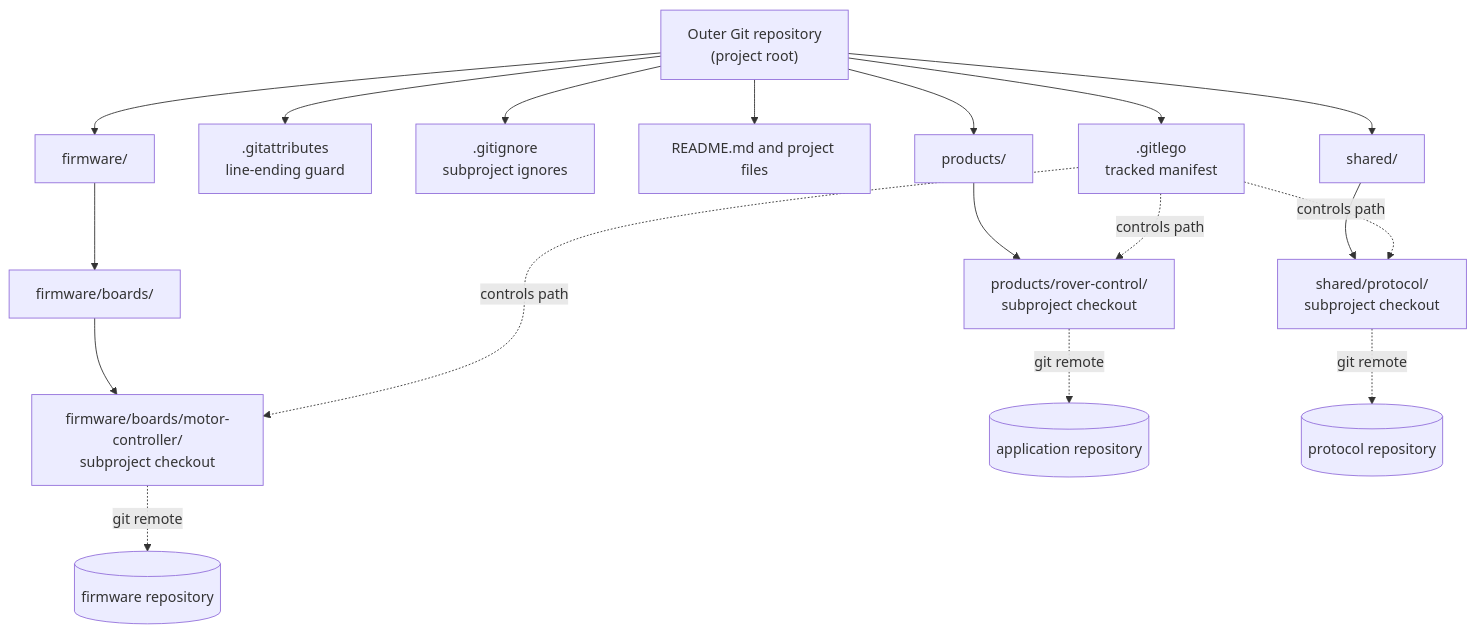
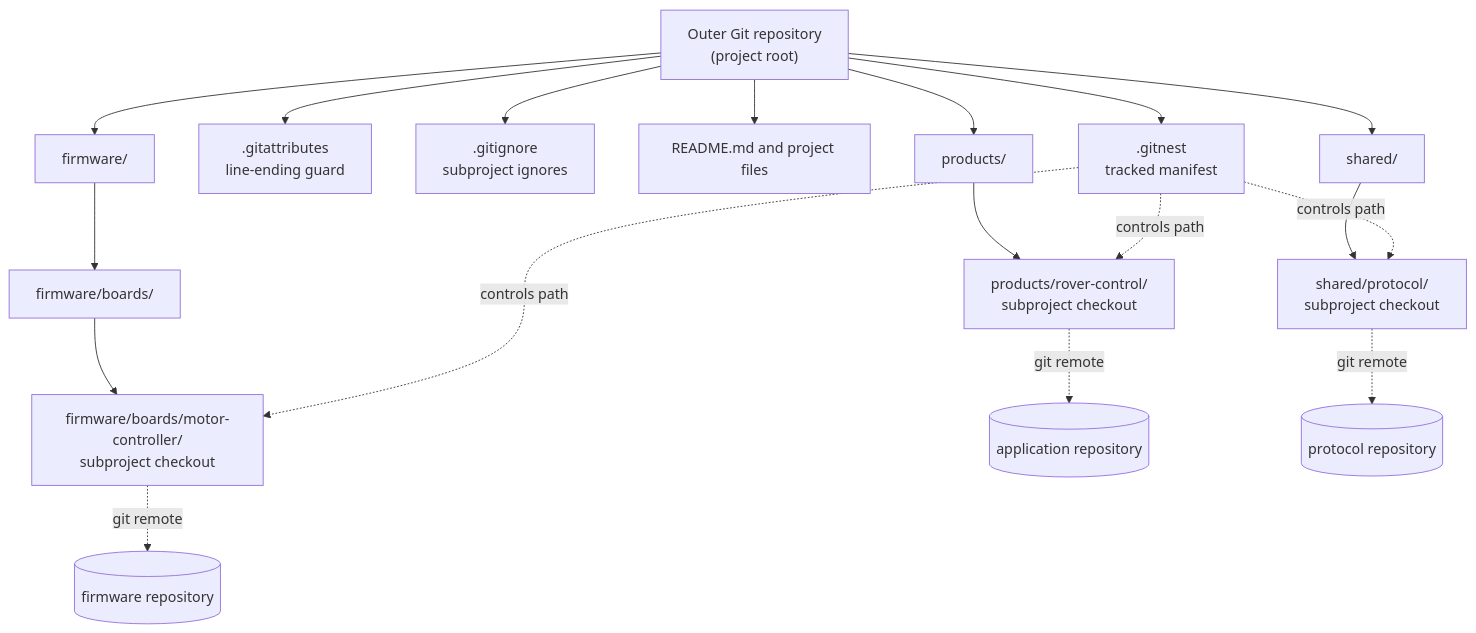
Before and after one commit to f-steff/git-nest: the first of 3 diagrams in README.md, drawn with Mermaid. The commit also changed other lines of this file and 66 other files, not shown here.

````diff
--- a/README.md
+++ b/README.md
@@ -173,39 +195,39 @@
 ```mermaid
 flowchart TB
   outer["Outer Git repository<br/>(project root)"]
-  manifest[".gitlego<br/>tracked manifest"]
+  manifest[".gitnest<br/>tracked manifest"]
   attrs[".gitattributes<br/>line-ending guard"]
   ignore[".gitignore<br/>subproject ignores"]
   docs["README.md and project files"]
 
   products["products/"]
   rover["products/rover-control/<br/>subproject checkout"]
   firmware["firmware/"]
   boards["firmware/boards/"]
   motor["firmware/boards/motor-controller/<br/>subproject checkout"]
   shared["shared/"]
   protocol["shared/protocol/<br/>subproject checkout"]
 
   roverRemote[("application repository")]
   motorRemote[("firmware repository")]
   protocolRemote[("protocol repository")]
 
   outer --> manifest
   outer --> attrs
   outer --> ignore
   outer --> docs
   outer --> products
   products --> rover
   outer --> firmware
   firmware --> boards
   boards --> motor
   outer --> shared
   shared --> protocol
 
   manifest -. controls path .-> rover
   manifest -. controls path .-> motor
   manifest -. controls path .-> protocol
   rover -. git remote .-> roverRemote
   motor -. git remote .-> motorRemote
   protocol -. git remote .-> protocolRemote
 ```
````
